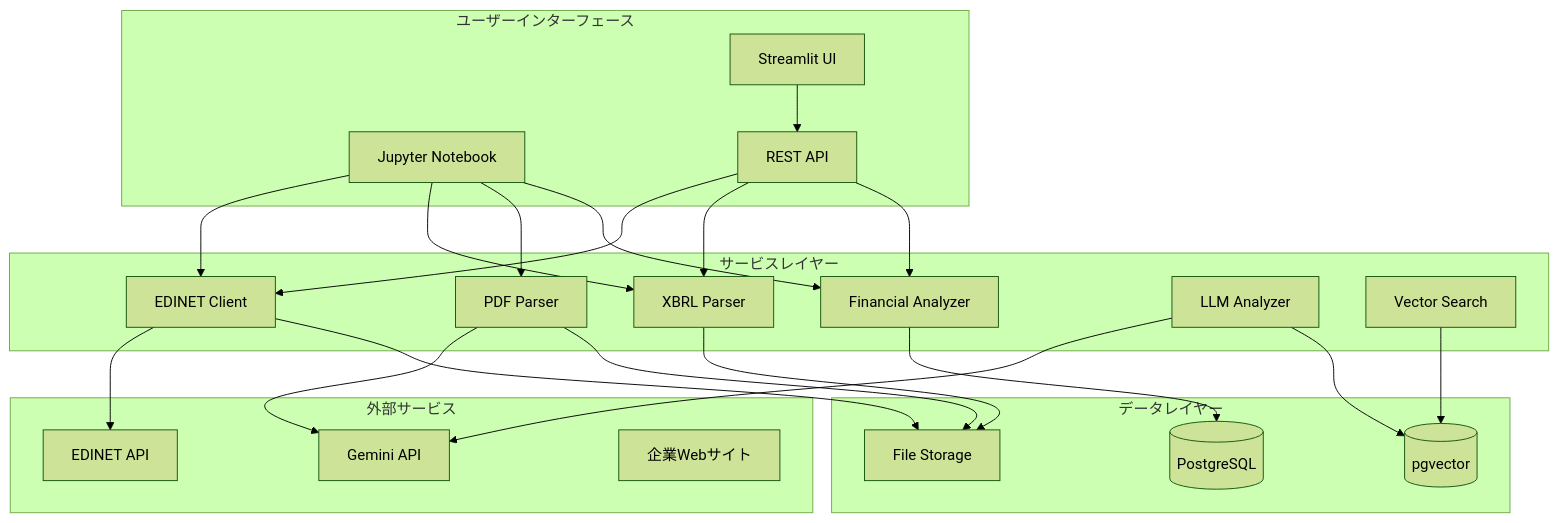
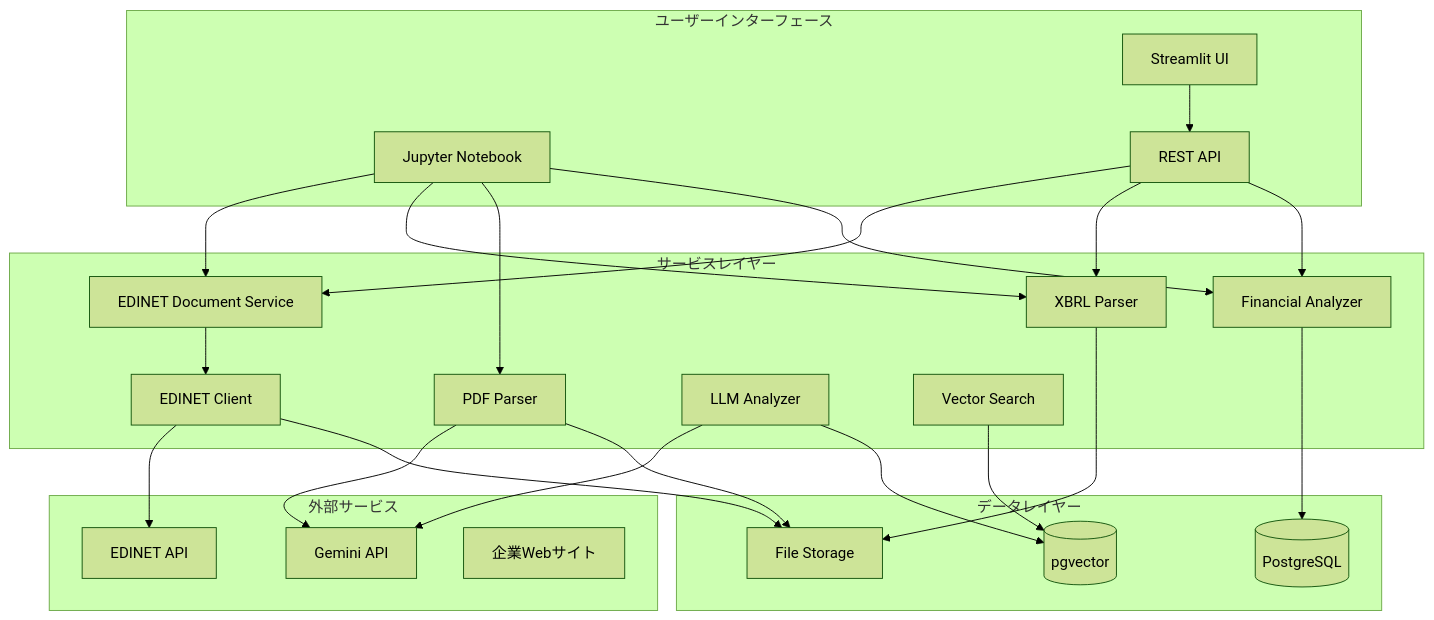
Before and after one commit to tak-akashi/company-research-agent: the first of 5 diagrams in docs/functional-design.md, drawn with Mermaid (forest theme). The commit also changed other lines of this file and 15 other files, not shown here.

````diff
--- a/docs/functional-design.md
+++ b/docs/functional-design.md
@@ -5,50 +5,52 @@
 ```mermaid
 graph TB
     subgraph "ユーザーインターフェース"
         Jupyter[Jupyter Notebook]
         Streamlit[Streamlit UI]
         API[REST API]
     end
 
     subgraph "サービスレイヤー"
         EDINETClient[EDINET Client]
+        EDINETDocService[EDINET Document Service]
         XBRLParser[XBRL Parser]
         PDFParser[PDF Parser]
         FinancialAnalyzer[Financial Analyzer]
         LLMAnalyzer[LLM Analyzer]
         VectorSearch[Vector Search]
     end
 
     subgraph "データレイヤー"
         PostgreSQL[(PostgreSQL)]
         pgvector[(pgvector)]
         FileStorage[File Storage]
     end
 
     subgraph "外部サービス"
         EDINET[EDINET API]
         Gemini[Gemini API]
         CompanyWeb[企業Webサイト]
     end
 
-    Jupyter --> EDINETClient
+    Jupyter --> EDINETDocService
     Jupyter --> XBRLParser
     Jupyter --> PDFParser
     Jupyter --> FinancialAnalyzer
     Streamlit --> API
-    API --> EDINETClient
+    API --> EDINETDocService
     API --> XBRLParser
     API --> FinancialAnalyzer
 
+    EDINETDocService --> EDINETClient
     EDINETClient --> EDINET
     PDFParser --> Gemini
     LLMAnalyzer --> Gemini
 
     EDINETClient --> FileStorage
     XBRLParser --> FileStorage
     PDFParser --> FileStorage
 
     FinancialAnalyzer --> PostgreSQL
     VectorSearch --> pgvector
     LLMAnalyzer --> pgvector
 ```
````
